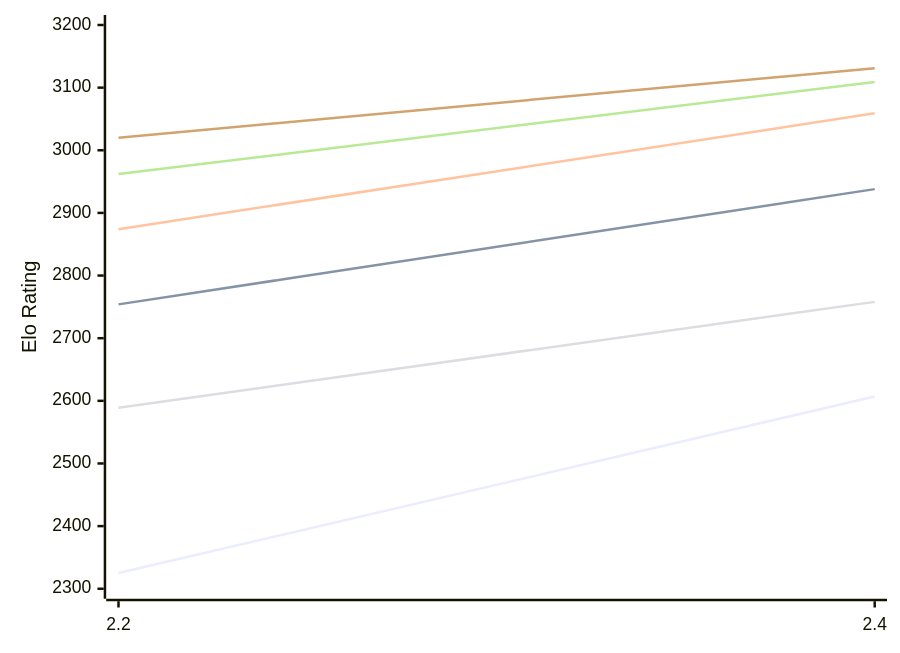
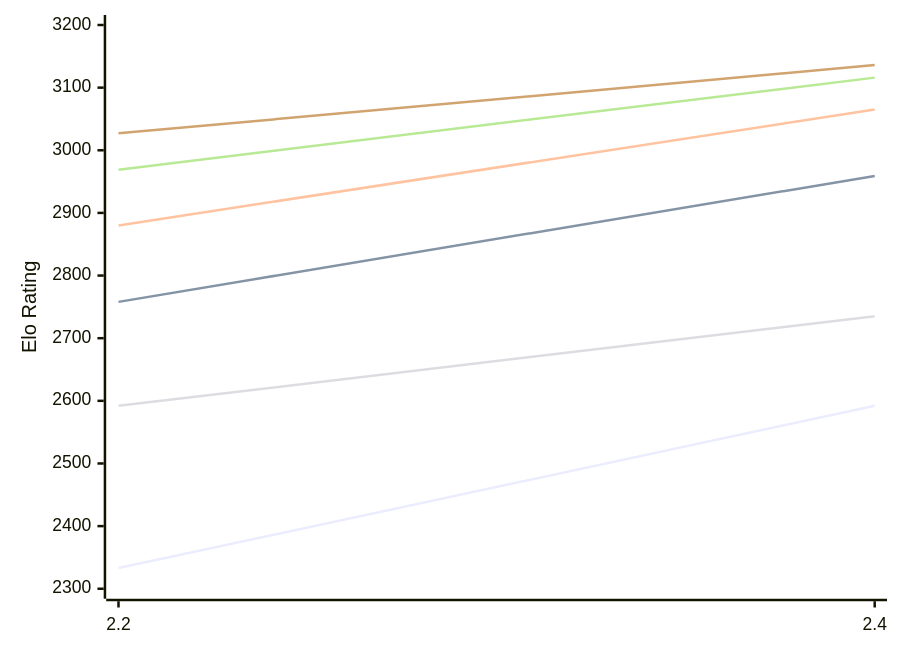
The first of 2 diagrams in engines/Sloth.md (computer-chess-index/cci), drawn with Mermaid before and after one commit. The commit also changed other lines of this file, not shown here.

Commit message:
Update CCI Ratings (ELO VLTC) - 2026-10-16

````diff
--- a/engines/Sloth.md
+++ b/engines/Sloth.md
@@ -50,12 +50,12 @@
 ```mermaid
 %%{init: {"theme":"base","themeVariables":{"seriesColors:['#a3a3a3','#222221','#faa371']}}}%%
 xychart-beta
   x-axis ["2.2", "2.4"]
   y-axis "Elo Rating" 2300 --> 3200
-  line "E1: STC (8.0+0.08s)" [2325, 2607]
-  line "E1: LTC (60.0+0.60s)" [2754, 2938]
-  line "E1: VLTC (2m24s+1.12s)" [2874, 3059]
-  line "P1: STC (8.0+0.08s)" [2589, 2758]
-  line "P1: LTC (60.0+0.60s)" [2962, 3109]
-  line "P1: VLTC (2m24s+1.12s)" [3020, 3131]
+  line "E1: STC (8.0+0.08s)" [2333, 2592]
+  line "E1: LTC (60.0+0.60s)" [2758, 2959]
+  line "E1: VLTC (2m24s+1.12s)" [2880, 3065]
+  line "P1: STC (8.0+0.08s)" [2592, 2735]
+  line "P1: LTC (60.0+0.60s)" [2969, 3116]
+  line "P1: VLTC (2m24s+1.12s)" [3027, 3136]
 ```
````
